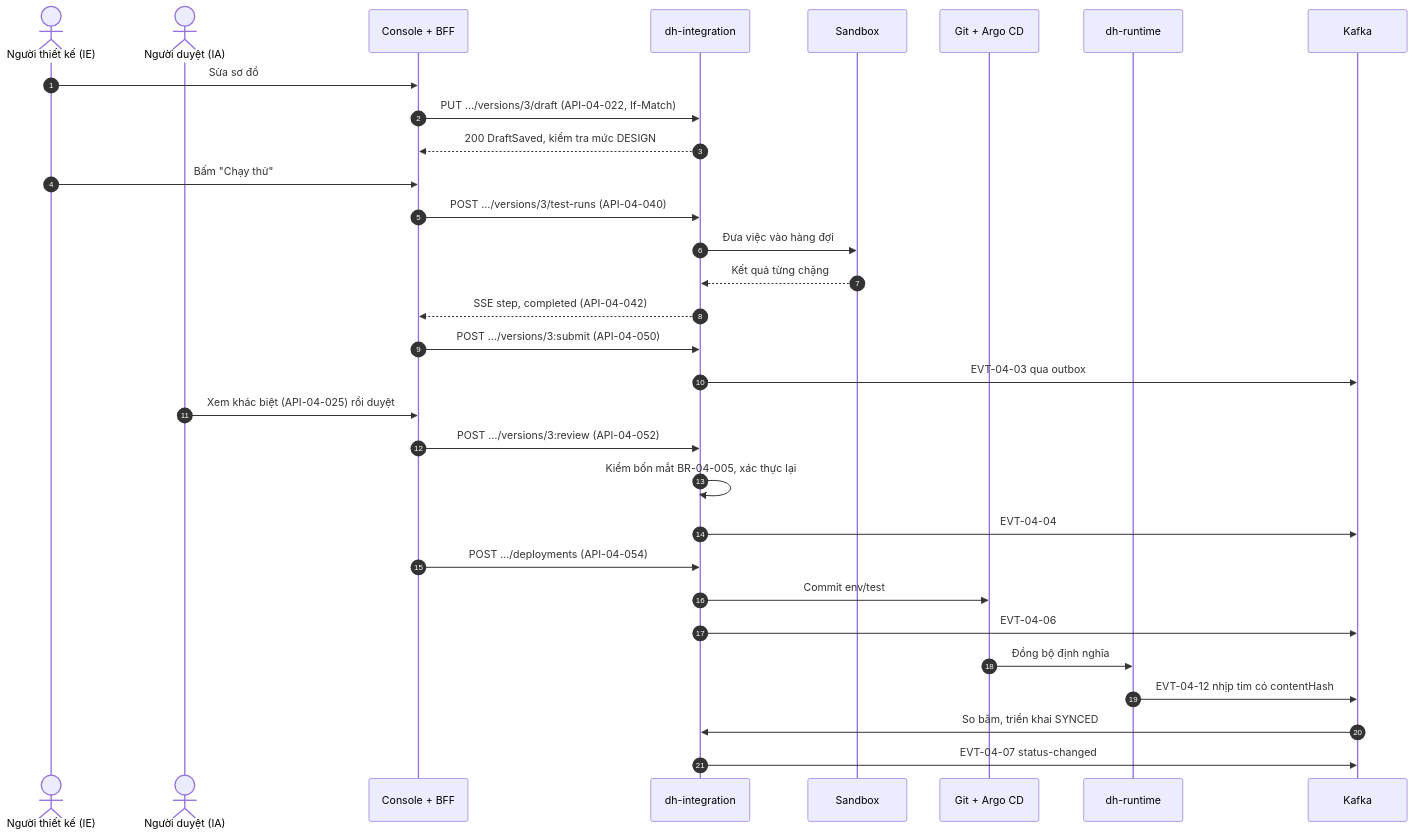
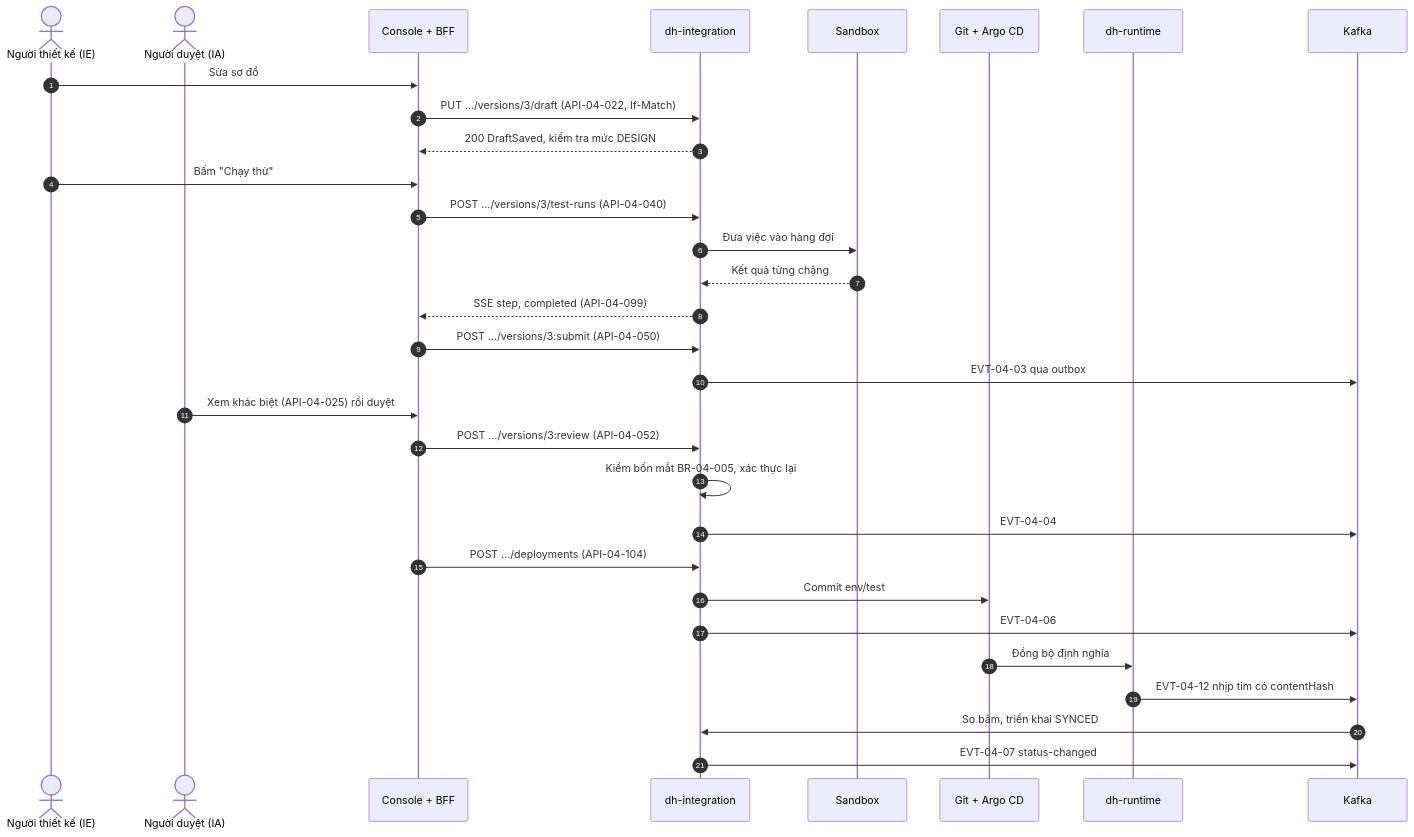
One commit to caprocute/DATAHUB changed the second of 3 diagrams in datahub-docs/03-thiet-ke/api/D03-04-PH04-api-tich-hop.md. Above: the diagram before and after it, drawn with Mermaid. The commit also changed other lines of this file and 105 other files, not shown here.

````diff
--- a/datahub-docs/03-thiet-ke/api/D03-04-PH04-api-tich-hop.md
+++ b/datahub-docs/03-thiet-ke/api/D03-04-PH04-api-tich-hop.md
@@ -162,33 +162,33 @@
 ```{.mermaid caption="Trình tự soạn, chạy thử, duyệt bốn mắt và phát hành một phiên bản luồng"}
 sequenceDiagram
     autonumber
     actor IE as Người thiết kế (IE)
     actor IA as Người duyệt (IA)
     participant C as Console + BFF
     participant I as dh-integration
     participant S as Sandbox
     participant G as Git + Argo CD
     participant R as dh-runtime
     participant K as Kafka
     IE->>C: Sửa sơ đồ
     C->>I: PUT …/versions/3/draft (API-04-022, If-Match)
     I-->>C: 200 DraftSaved, kiểm tra mức DESIGN
     IE->>C: Bấm "Chạy thử"
     C->>I: POST …/versions/3/test-runs (API-04-040)
     I->>S: Đưa việc vào hàng đợi
     S-->>I: Kết quả từng chặng
-    I-->>C: SSE step, completed (API-04-042)
+    I-->>C: SSE step, completed (API-04-099)
     C->>I: POST …/versions/3:submit (API-04-050)
     I->>K: EVT-04-03 qua outbox
     IA->>C: Xem khác biệt (API-04-025) rồi duyệt
     C->>I: POST …/versions/3:review (API-04-052)
     I->>I: Kiểm bốn mắt BR-04-005, xác thực lại
     I->>K: EVT-04-04
-    C->>I: POST …/deployments (API-04-054)
+    C->>I: POST …/deployments (API-04-104)
     I->>G: Commit env/test
     I->>K: EVT-04-06
     G->>R: Đồng bộ định nghĩa
     R->>K: EVT-04-12 nhịp tim có contentHash
     K->>I: So băm, triển khai SYNCED
     I->>K: EVT-04-07 status-changed
 ```
````
